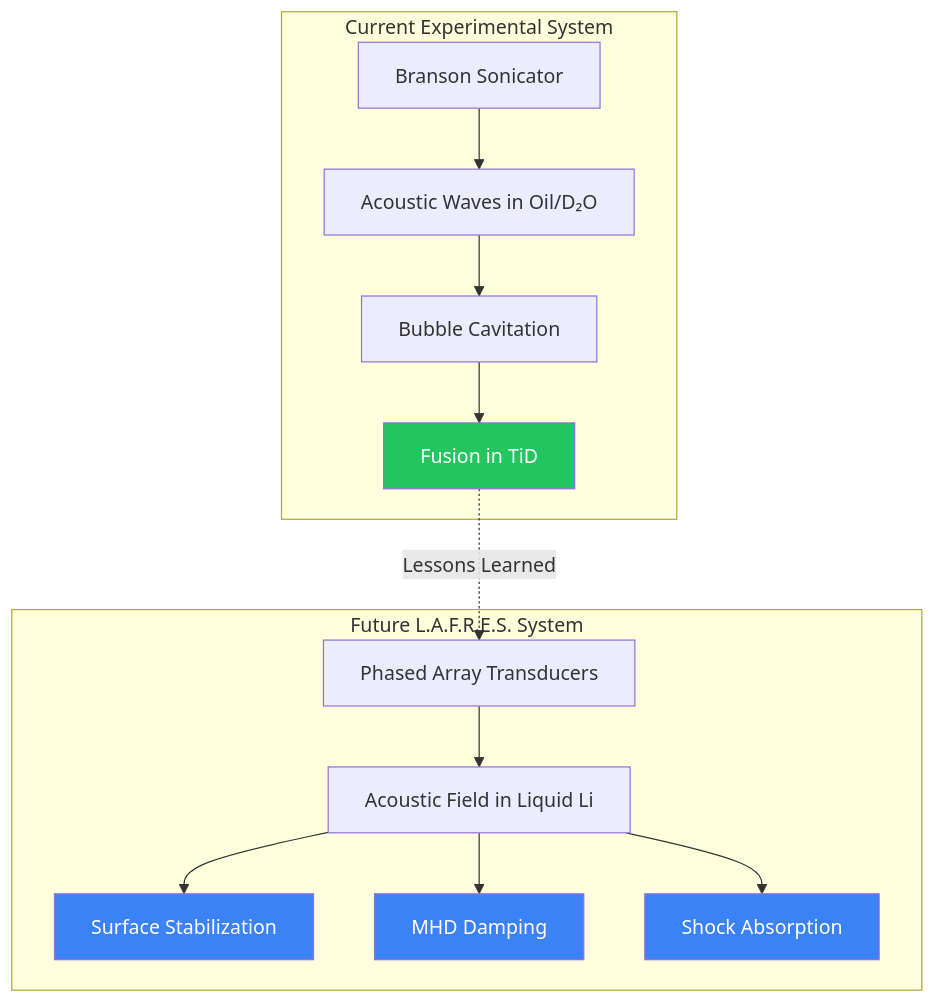
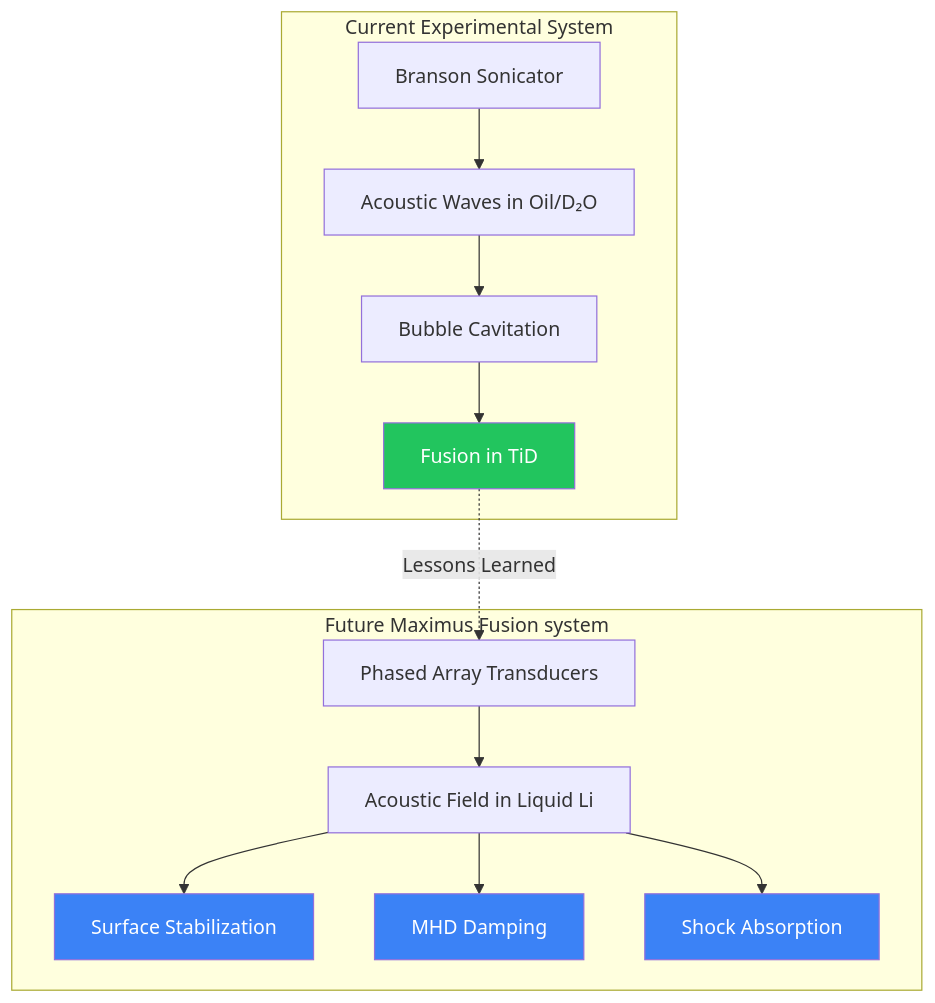
One commit to szemkoff/LAFRES changed the diagram in website/docs/acoustic-field-matrix.md. Above: the diagram before and after it, drawn with Mermaid. The commit also changed other lines of this file and 97 other files, not shown here.

First line of the commit message:
Rebrand public program name to Maximus Fusion; keep L.A.F.R.E.S. as technical designation

````diff
--- a/website/docs/acoustic-field-matrix.md
+++ b/website/docs/acoustic-field-matrix.md
@@ -20,22 +20,22 @@
 ```mermaid
 flowchart TB
     subgraph Experimental["Current Experimental System"]
         A1[Branson Sonicator] --> A2[Acoustic Waves in Oil/D₂O]
         A2 --> A3[Bubble Cavitation]
         A3 --> A4[Fusion in TiD]
     end
     
-    subgraph LAFRES["Future L.A.F.R.E.S. System"]
+    subgraph MF["Future Maximus Fusion system"]
         B1[Phased Array Transducers] --> B2[Acoustic Field in Liquid Li]
         B2 --> B3[Surface Stabilization]
         B2 --> B4[MHD Damping]
         B2 --> B5[Shock Absorption]
     end
     
     A4 -.->|"Lessons Learned"| B1
     
     style A4 fill:#22c55e,color:#fff
     style B3 fill:#3b82f6,color:#fff
     style B4 fill:#3b82f6,color:#fff
     style B5 fill:#3b82f6,color:#fff
 ```
````
